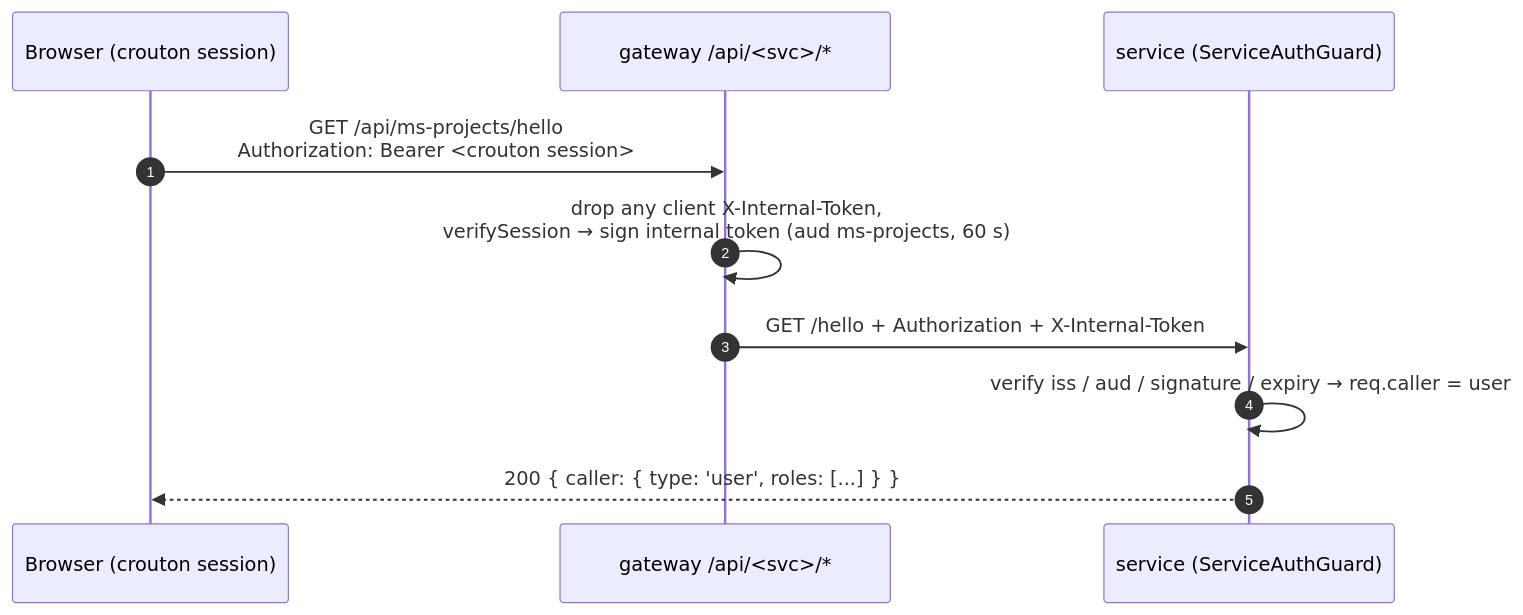
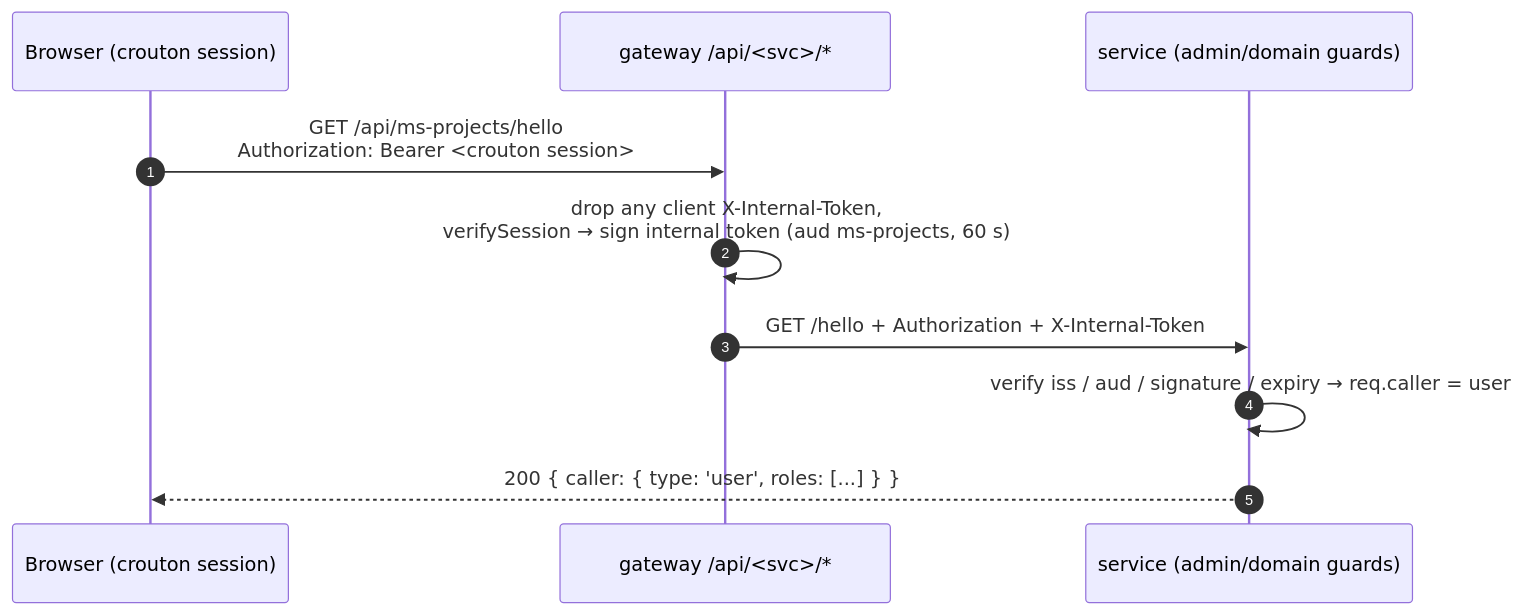
The second of 2 diagrams in docs/auth.md (GhentCDH/annophis), drawn with Mermaid before and after one commit. The commit also changed other lines of this file and 52 other files, not shown here.

First line of the commit message:
feat(auth): replace per-service auth providers with internal admin guard (#20)

````diff
--- a/docs/auth.md
+++ b/docs/auth.md
@@ -34,13 +35,13 @@
 ```mermaid
 sequenceDiagram
   autonumber
   participant B as Browser (crouton session)
   participant G as gateway /api/#lt;svc#gt;/*
-  participant S as service (ServiceAuthGuard)
+  participant S as service (admin/domain guards)
 
   B->>G: GET /api/ms-projects/hello<br/>Authorization: Bearer #lt;crouton session#gt;
   G->>G: drop any client X-Internal-Token,<br/>verifySession → sign internal token (aud ms-projects, 60 s)
   G->>S: GET /hello + Authorization + X-Internal-Token
   S->>S: verify iss / aud / signature / expiry → req.caller = user
   S-->>B: 200 { caller: { type: 'user', roles: [...] } }
 ```
````
